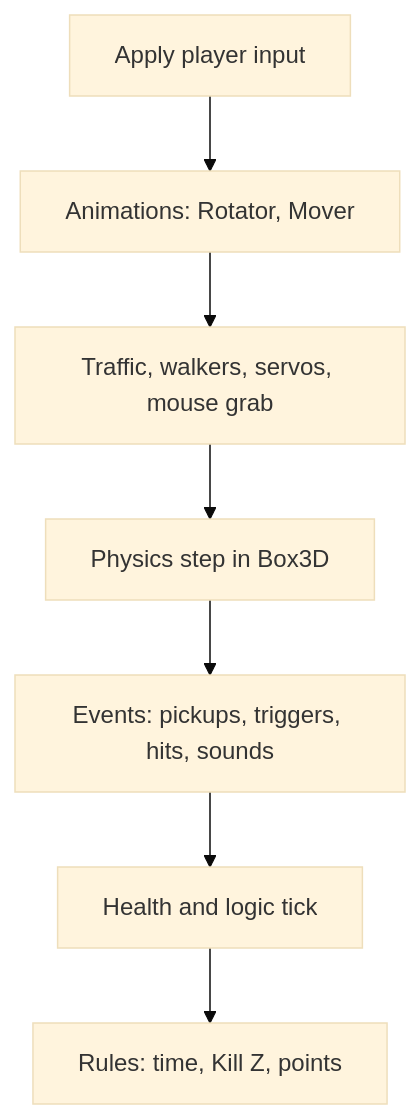
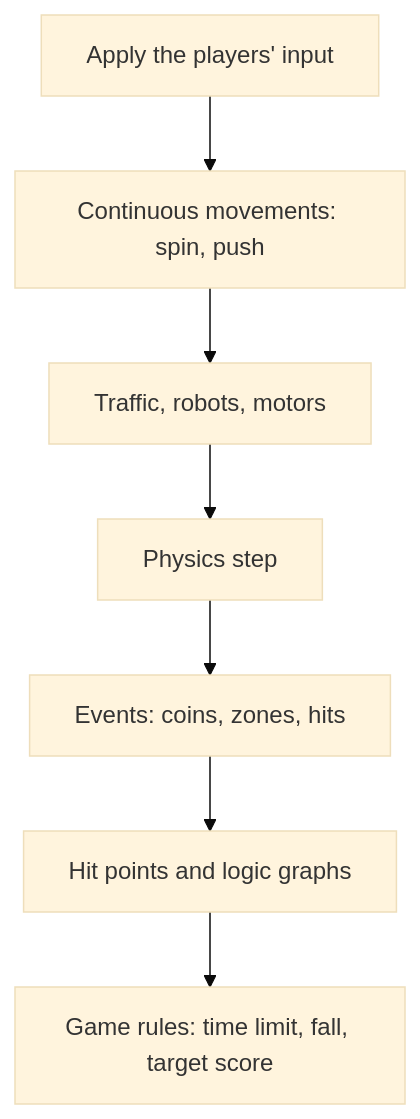
The second of 2 diagrams in kern/docs/book-green/08-game-runtime.md (ChristianHohlfeld/kernengine.de), drawn with Mermaid (base theme) before and after one commit. The commit also changed other lines of this file and 22 other files, not shown here.

````diff
--- a/kern/docs/book-green/08-game-runtime.md
+++ b/kern/docs/book-green/08-game-runtime.md
@@ -327,9 +340,10 @@
 ```mermaid
+%% Caption: The fixed order within a physics step
 flowchart TD
-  A[Apply player input] --> B[Animations: Rotator, Mover]
-  B --> C[Traffic, walkers, servos, mouse grab]
-  C --> D[Physics step in Box3D]
-  D --> E[Events: pickups, triggers, hits, sounds]
-  E --> F[Health and logic tick]
-  F --> G[Rules: time, Kill Z, points]
+  A[Apply the players' input] --> B[Continuous movements: spin, push]
+  B --> C[Traffic, robots, motors]
+  C --> D[Physics step]
+  D --> E[Events: coins, zones, hits]
+  E --> F["Hit points and logic graphs"]
+  F --> G["Game rules: time limit, fall, target score"]
 ```
````
